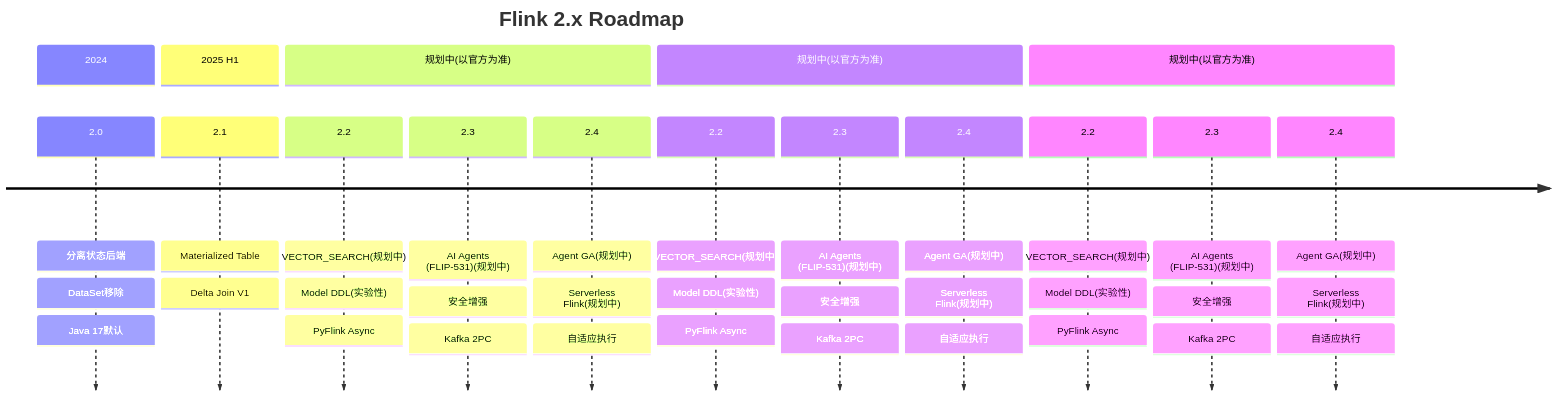
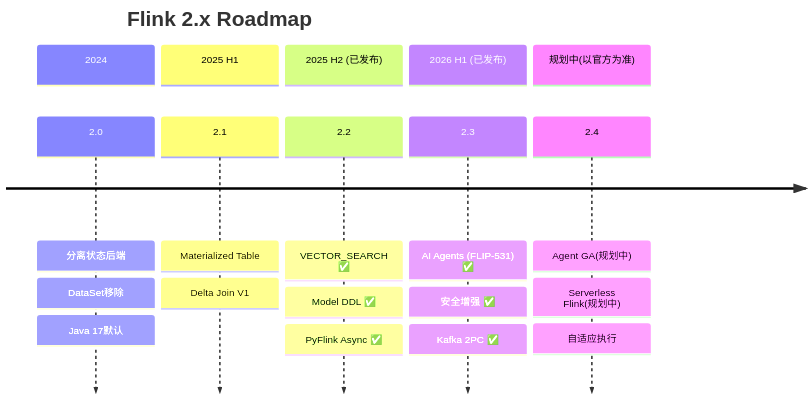
The first of 2 diagrams in Flink/08-roadmap/08.01-flink-24/flink-2.3-2.4-roadmap.md (AdaMartin18010/AnalysisDataFlow), drawn with Mermaid before and after one commit. The commit also changed other lines of this file and 217 other files, not shown here.

````diff
--- a/Flink/08-roadmap/08.01-flink-24/flink-2.3-2.4-roadmap.md
+++ b/Flink/08-roadmap/08.01-flink-24/flink-2.3-2.4-roadmap.md
@@ -366,28 +366,28 @@
 ```mermaid
 timeline
     title Flink 2.x Roadmap
 
     section 2024
         2.0 : 分离状态后端
             : DataSet移除
             : Java 17默认
 
     section 2025 H1
         2.1 : Materialized Table
             : Delta Join V1
 
-    section 规划中(以官方为准)
-        2.2 : VECTOR_SEARCH(规划中)
-            : Model DDL(实验性)
-            : PyFlink Async
+    section 2025 H2 (已发布)
+        2.2 : VECTOR_SEARCH ✅
+            : Model DDL ✅
+            : PyFlink Async ✅
 
-    section 规划中(以官方为准)
-        2.3 : AI Agents (FLIP-531)(规划中)
-            : 安全增强
-            : Kafka 2PC
+    section 2026 H1 (已发布)
+        2.3 : AI Agents (FLIP-531) ✅
+            : 安全增强 ✅
+            : Kafka 2PC ✅
 
     section 规划中(以官方为准)
         2.4 : Agent GA(规划中)
             : Serverless Flink(规划中)
             : 自适应执行
 ```
````
